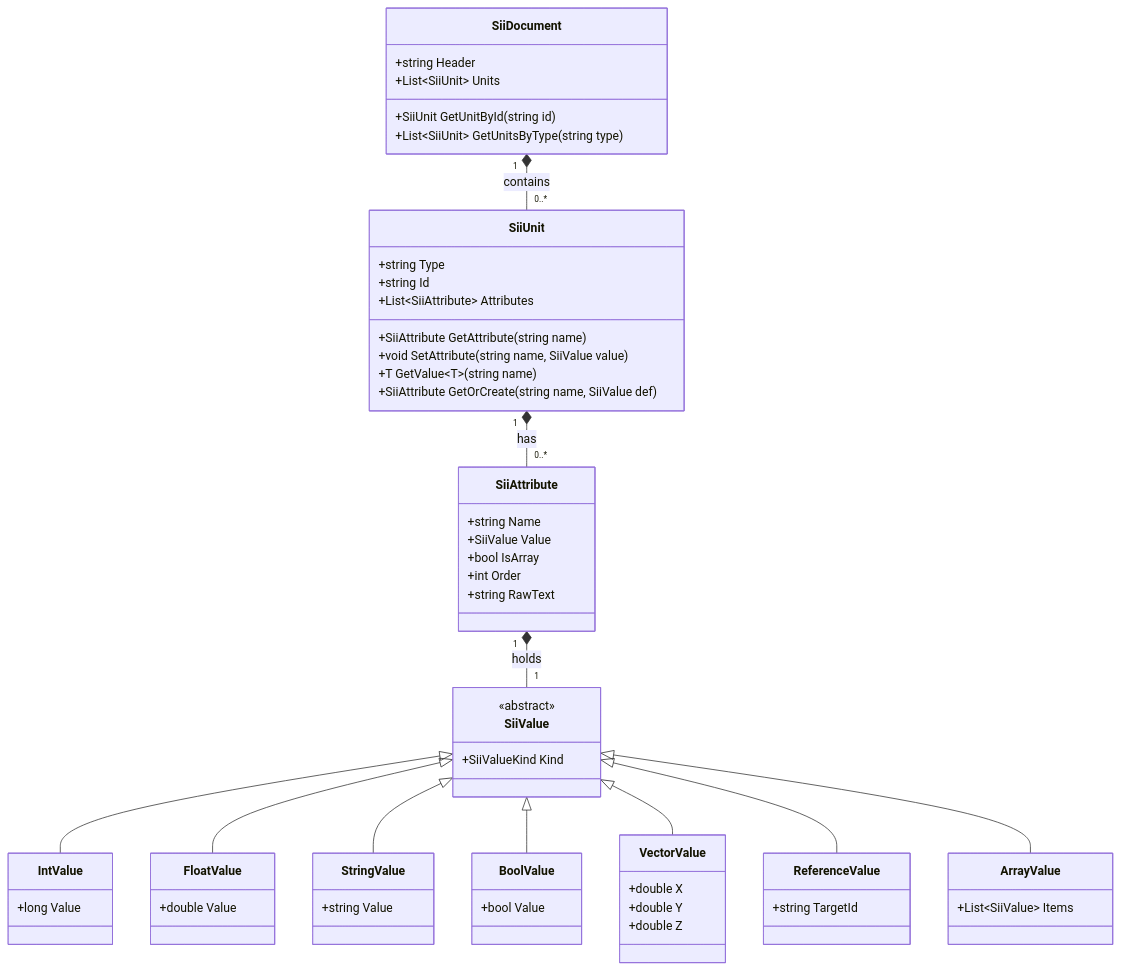
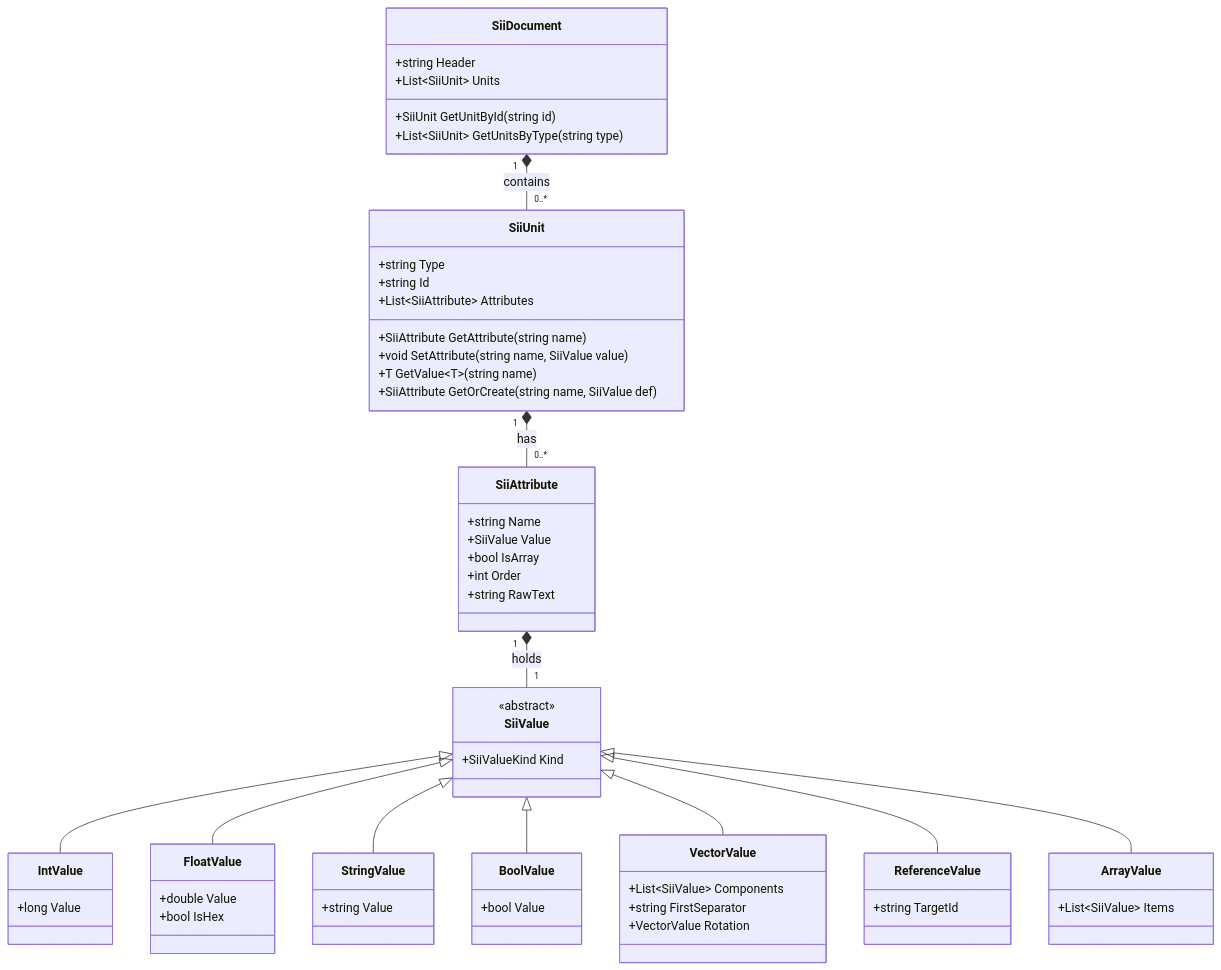
One commit to Inliang/Ets2SaveEditor changed the first of 6 diagrams in docs/ARCHITECTURE.md. Above: the diagram before and after it, drawn with Mermaid. The commit also changed other lines of this file and 27 other files, not shown here.

````diff
--- a/docs/ARCHITECTURE.md
+++ b/docs/ARCHITECTURE.md
@@ -109,63 +119,64 @@
 ```mermaid
 classDiagram
     class SiiValue {
         <<abstract>>
         +SiiValueKind Kind
     }
     class IntValue {
         +long Value
     }
     class FloatValue {
         +double Value
+        +bool IsHex
     }
     class StringValue {
         +string Value
     }
     class BoolValue {
         +bool Value
     }
     class VectorValue {
-        +double X
-        +double Y
-        +double Z
+        +List~SiiValue~ Components
+        +string FirstSeparator
+        +VectorValue Rotation
     }
     class ReferenceValue {
         +string TargetId
     }
     class ArrayValue {
         +List~SiiValue~ Items
     }
     SiiValue <|-- IntValue
     SiiValue <|-- FloatValue
     SiiValue <|-- StringValue
     SiiValue <|-- BoolValue
     SiiValue <|-- VectorValue
     SiiValue <|-- ReferenceValue
     SiiValue <|-- ArrayValue
 
     class SiiAttribute {
         +string Name
         +SiiValue Value
         +bool IsArray
         +int Order
         +string RawText
     }
     class SiiUnit {
         +string Type
         +string Id
         +List~SiiAttribute~ Attributes
         +SiiAttribute GetAttribute(string name)
         +void SetAttribute(string name, SiiValue value)
         +T GetValue~T~(string name)
         +SiiAttribute GetOrCreate(string name, SiiValue def)
     }
     class SiiDocument {
         +string Header
         +List~SiiUnit~ Units
         +SiiUnit GetUnitById(string id)
         +List~SiiUnit~ GetUnitsByType(string type)
     }
     SiiDocument "1" *-- "0..*" SiiUnit : contains
     SiiUnit "1" *-- "0..*" SiiAttribute : has
     SiiAttribute "1" *-- "1" SiiValue : holds
 ```
````
